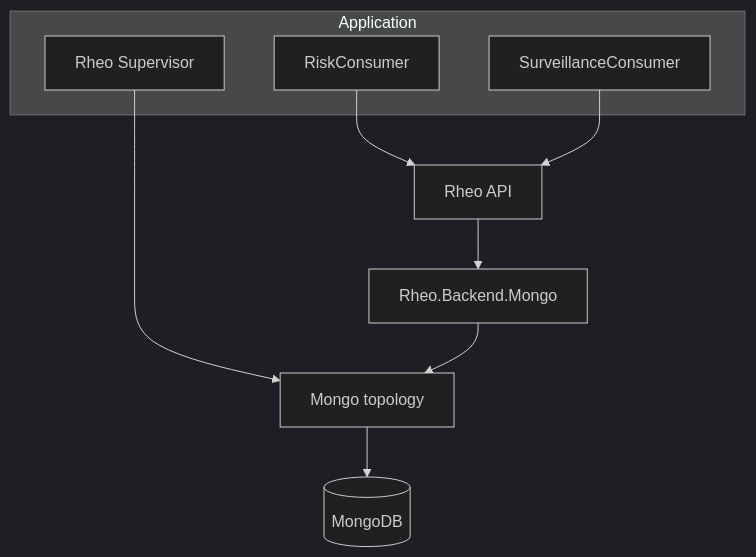
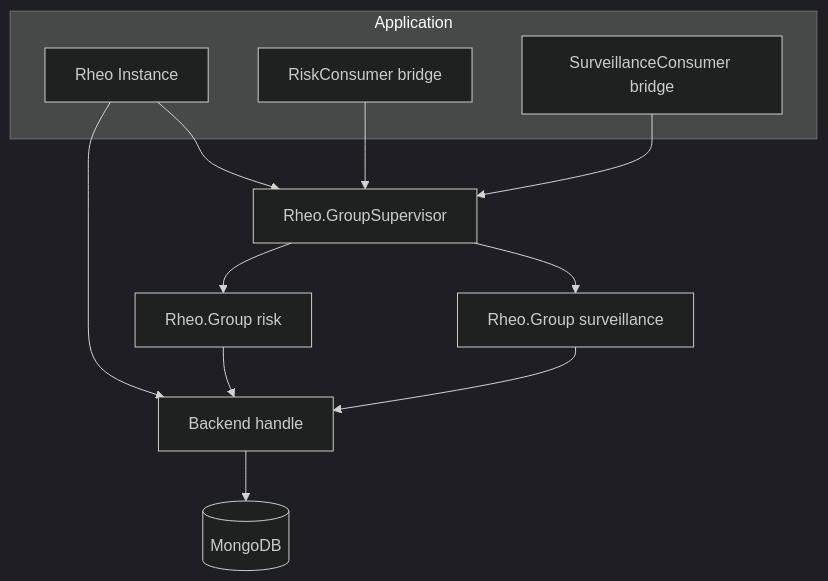
Before and after one commit to thanos/rheo: the first of 3 diagrams in docs/diagrams.md, drawn with Mermaid (dark theme). The commit also changed other lines of this file and 45 other files, not shown here.

````diff
--- a/docs/diagrams.md
+++ b/docs/diagrams.md
@@ -5,14 +5,17 @@
 ```mermaid
 flowchart TB
   subgraph app [Application]
-    RheoSup[Rheo Supervisor]
-    Risk[RiskConsumer]
-    Surv[SurveillanceConsumer]
+    RheoInst[Rheo Instance]
+    Risk[RiskConsumer bridge]
+    Surv[SurveillanceConsumer bridge]
   end
-  RheoSup --> MongoTop[Mongo topology]
-  Risk --> API[Rheo API]
-  Surv --> API
-  API --> Backend[Rheo.Backend.Mongo]
-  Backend --> MongoTop
-  MongoTop --> DB[(MongoDB)]
+  RheoInst --> BackendChild[Backend handle]
+  RheoInst --> GroupSup[Rheo.GroupSupervisor]
+  GroupSup --> GroupRisk[Rheo.Group risk]
+  GroupSup --> GroupSurv[Rheo.Group surveillance]
+  Risk --> GroupSup
+  Surv --> GroupSup
+  GroupRisk --> BackendChild
+  GroupSurv --> BackendChild
+  BackendChild --> DB[(MongoDB)]
 ```
````
